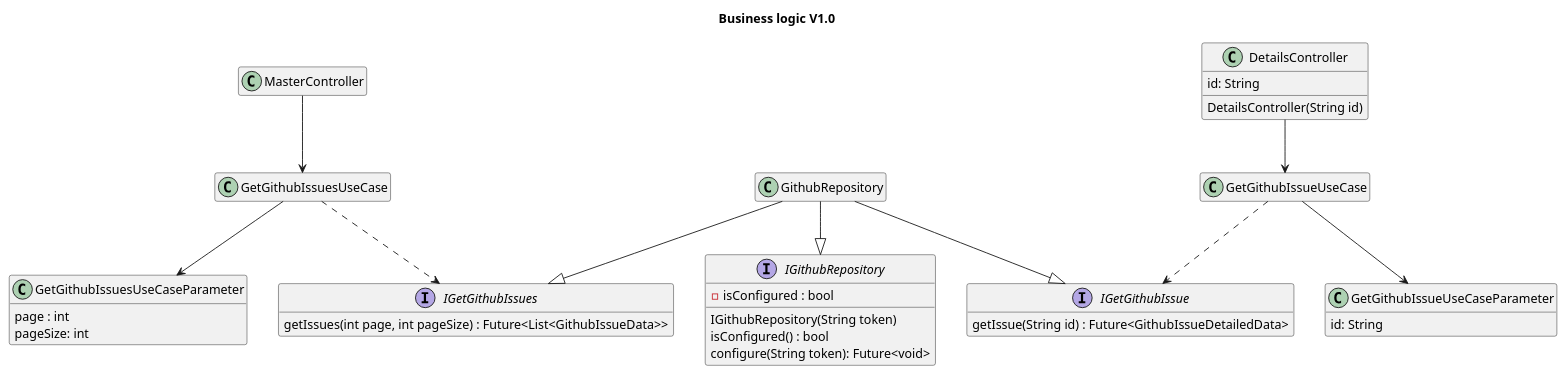
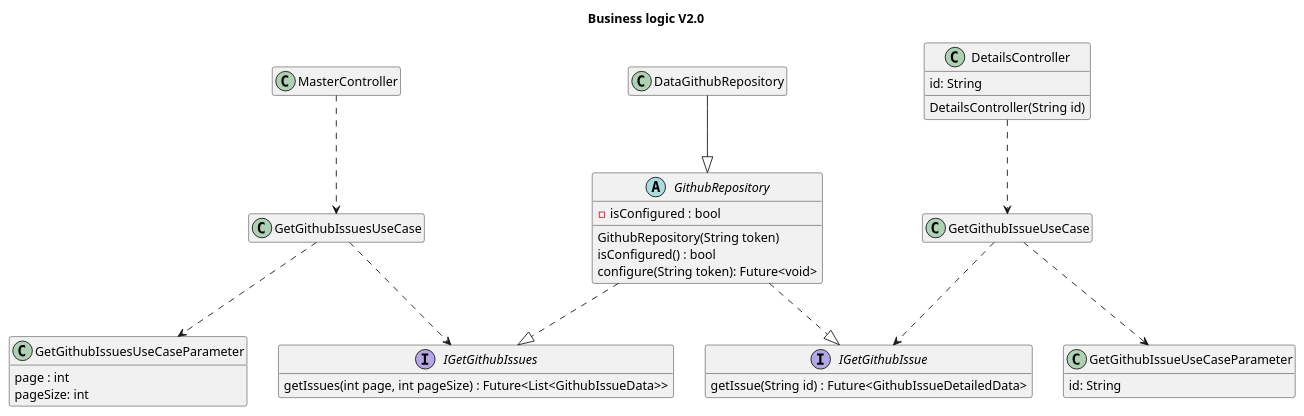
One commit to tathgergely/assessment changed the diagram in ios-github/documentation/uml/class diagrams/business logic.puml. Above: the diagram before and after it, drawn with PlantUML.

Commit message:
business logic 2.0

```diff
--- a/ios-github/documentation/uml/class diagrams/business logic.puml
+++ b/ios-github/documentation/uml/class diagrams/business logic.puml
@@ -1,57 +1,59 @@
 @startuml business_logic
-title Business logic V1.0
+title Business logic V2.0
 hide empty members
 
 Class MasterController{
 }
 class DetailsController{
     id: String
     DetailsController(String id)
 }
 class GetGithubIssuesUseCase
 {
 
 }
 class GetGithubIssueUseCase
 {
     
 }
 class GetGithubIssuesUseCaseParameter
 {
     page : int
     pageSize: int
 }
 class GetGithubIssueUseCaseParameter
 {
     id: String
 }
-MasterController --> GetGithubIssuesUseCase
-DetailsController --> GetGithubIssueUseCase
-GetGithubIssueUseCase --> GetGithubIssueUseCaseParameter
-GetGithubIssuesUseCase --> GetGithubIssuesUseCaseParameter
 
-interface IGithubRepository{
-    IGithubRepository(String token)
-    -isConfigured : bool
-    isConfigured() : bool
-    configure(String token): Future<void>
-}
 interface IGetGithubIssues
 {
     getIssues(int page, int pageSize) : Future<List<GithubIssueData>>
 }    
 interface IGetGithubIssue
 {
     getIssue(String id) : Future<GithubIssueDetailedData>
 }
 
+class DataGithubRepository
+{
 
-class GithubRepository
+}
+abstract class GithubRepository{
+    GithubRepository(String token)
+    -isConfigured : bool
+    isConfigured() : bool
+    configure(String token): Future<void>
+}
+MasterController ..> GetGithubIssuesUseCase
+DetailsController ..> GetGithubIssueUseCase
+GetGithubIssueUseCase ..> GetGithubIssueUseCaseParameter
+GetGithubIssuesUseCase ..> GetGithubIssuesUseCaseParameter
 
-GithubRepository --|> IGetGithubIssues
-GithubRepository --|> IGetGithubIssue
-GithubRepository --|> IGithubRepository
+GithubRepository ..|> IGetGithubIssues
+GithubRepository ..|> IGetGithubIssue
+DataGithubRepository --|> GithubRepository
 GetGithubIssueUseCase ..> IGetGithubIssue
 GetGithubIssuesUseCase ..> IGetGithubIssues
 
 @enduml
```
